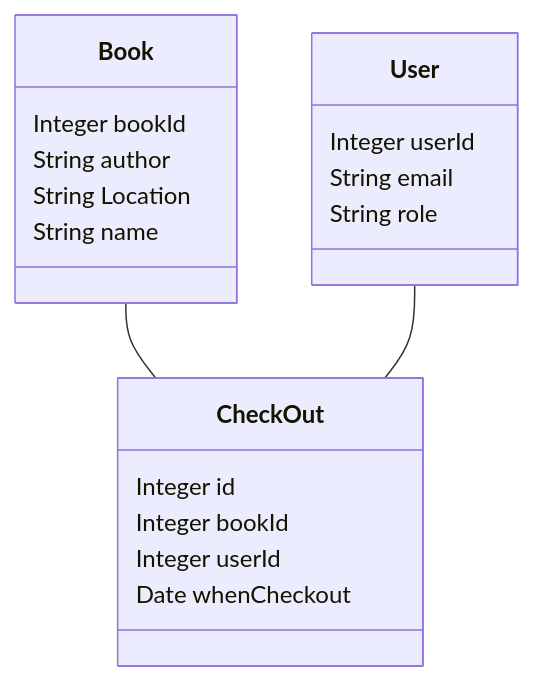
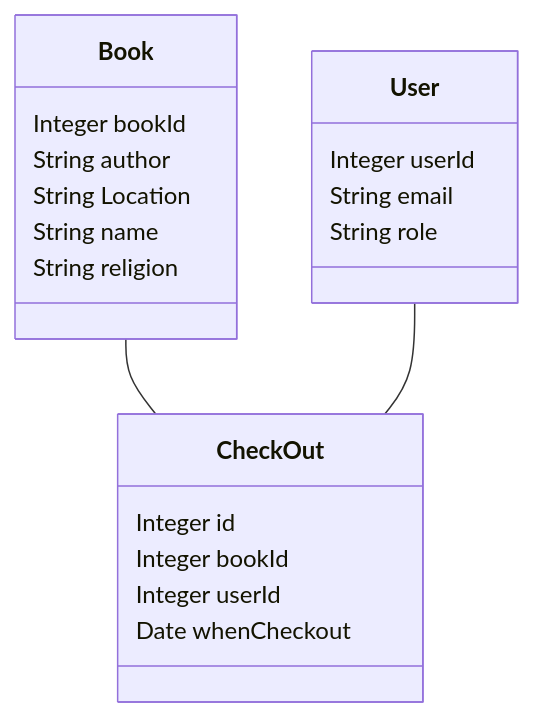
Before and after one commit to dmavani25/DivineManuscriptsDB: the diagram in docs/phase1.md, drawn with Mermaid.

Commit message:
new attribute for book

````diff
--- a/docs/phase1.md
+++ b/docs/phase1.md
@@ -3,22 +3,23 @@
 ```mermaid
 classDiagram
     class User
     User : Integer userId
     User : String email
     User : String role
 
     class Book
     Book : Integer bookId
     Book : String author
     Book : String Location 
     Book : String name
+    Book : String religion
 
     class CheckOut
     CheckOut : Integer id
     CheckOut : Integer bookId
     CheckOut : Integer userId 
     CheckOut : Date whenCheckout
 
     Book -- CheckOut
     User -- CheckOut
 ```
````
